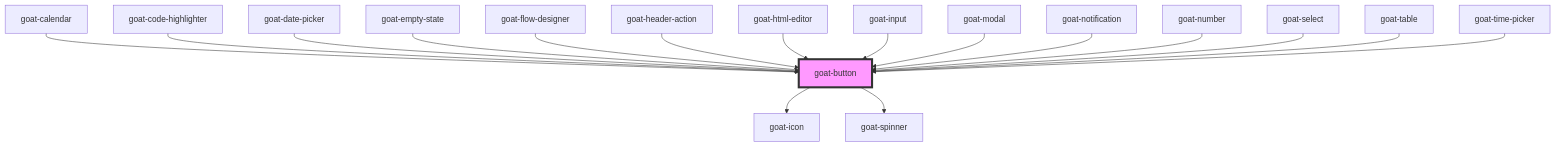
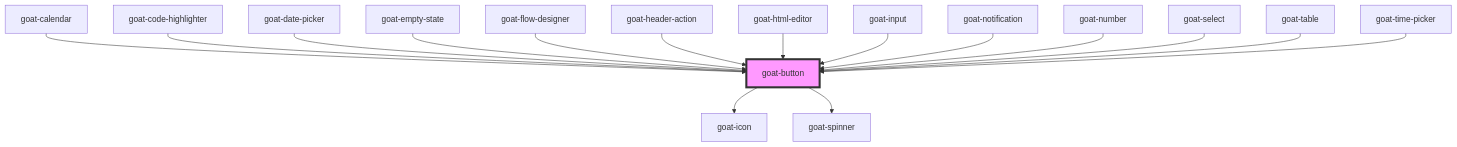
The diagram in src/components/button/readme.md (goatui/components), drawn with Mermaid before and after one commit. The commit also changed other lines of this file and 27 other files, not shown here.

````diff
--- a/src/components/button/readme.md
+++ b/src/components/button/readme.md
@@ -97,20 +96,19 @@
 ```mermaid
 graph TD;
   goat-button --> goat-icon
   goat-button --> goat-spinner
   goat-calendar --> goat-button
   goat-code-highlighter --> goat-button
   goat-date-picker --> goat-button
   goat-empty-state --> goat-button
   goat-flow-designer --> goat-button
   goat-header-action --> goat-button
   goat-html-editor --> goat-button
   goat-input --> goat-button
-  goat-modal --> goat-button
   goat-notification --> goat-button
   goat-number --> goat-button
   goat-select --> goat-button
   goat-table --> goat-button
   goat-time-picker --> goat-button
   style goat-button fill:#f9f,stroke:#333,stroke-width:4px
 ```
````
